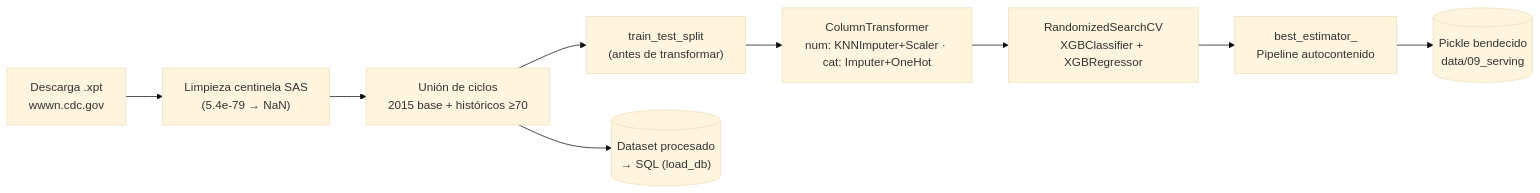
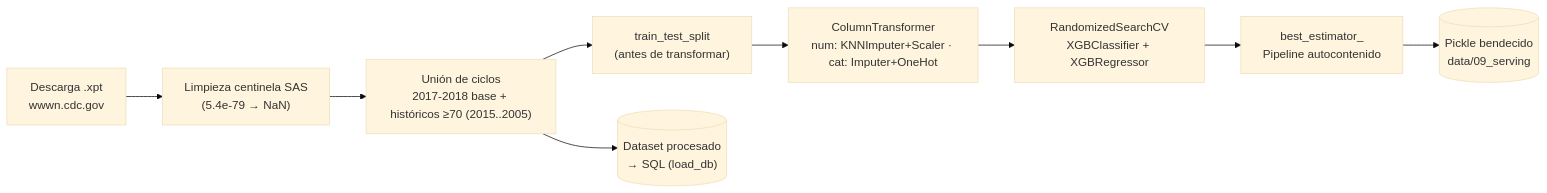
Before and after one commit to Unknumb/ev3_nanhes: the second of 4 diagrams in docs/arquitectura.md, drawn with Mermaid (base theme). The commit also changed other lines of this file and 22 other files, not shown here.

````diff
--- a/docs/arquitectura.md
+++ b/docs/arquitectura.md
@@ -54,11 +54,11 @@
 ```mermaid
 flowchart LR
     A["Descarga .xpt<br/>wwwn.cdc.gov"] --> B["Limpieza centinela SAS<br/>(5.4e-79 → NaN)"]
-    B --> C["Unión de ciclos<br/>2015 base + históricos ≥70"]
+    B --> C["Unión de ciclos<br/>2017-2018 base + históricos ≥70 (2015..2005)"]
     C --> D["train_test_split<br/>(antes de transformar)"]
     D --> E["ColumnTransformer<br/>num: KNNImputer+Scaler · cat: Imputer+OneHot"]
     E --> F["RandomizedSearchCV<br/>XGBClassifier + XGBRegressor"]
     F --> G["best_estimator_<br/>Pipeline autocontenido"]
     G --> H[("Pickle bendecido<br/>data/09_serving")]
     C --> I[("Dataset procesado<br/>→ SQL (load_db)")]
 ```
````
